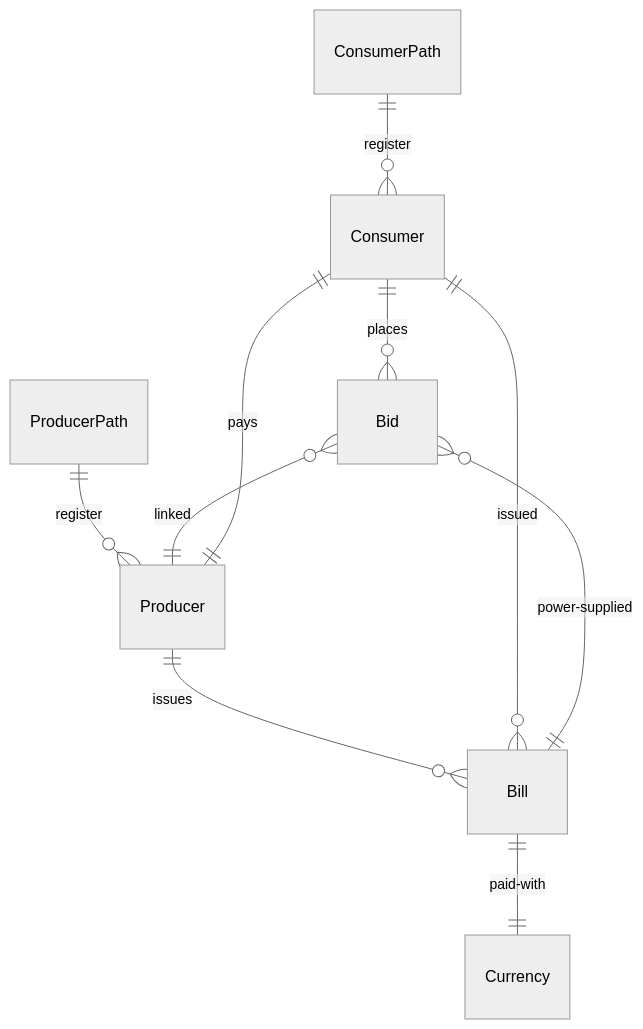
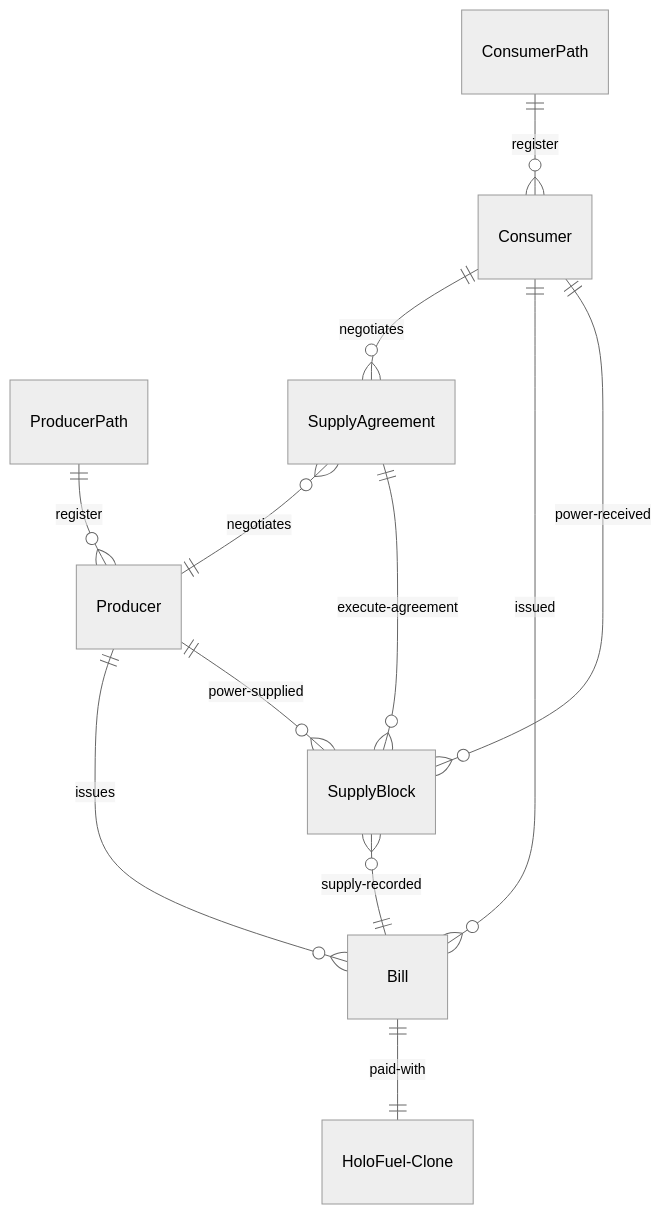
Before and after one commit to ioen-tech/ioen-micro-ledger: the second of 2 diagrams in SPEC.md, drawn with Mermaid (neutral theme). The commit also changed other lines of this file and 62 other files, not shown here.

````diff
--- a/SPEC.md
+++ b/SPEC.md
@@ -52,12 +54,14 @@
 ```mermaid
 erDiagram
     ProducerPath ||--o{ Producer : register
     ConsumerPath ||--o{ Consumer : register
-    Consumer ||--o{ Bid : places
-    Bid o{ --||Producer : linked
+    Consumer ||--o{ SupplyAgreement : negotiates
+    SupplyAgreement o{ --||Producer : negotiates
     Producer ||--o{ Bill : issues
     Consumer ||--o{ Bill : issued
-    Bid }o--|| Bill : power-supplied
-    Consumer ||--|| Producer : pays
-    Bill ||--|| Currency : paid-with
+    SupplyAgreement ||--o{ SupplyBlock : execute-agreement
+    Producer ||--o{ SupplyBlock : power-supplied
+    Consumer ||--o{ SupplyBlock : power-received
+    SupplyBlock }o--|| Bill : supply-recorded
+    Bill ||--|| HoloFuel-Clone : paid-with
 ```
````
